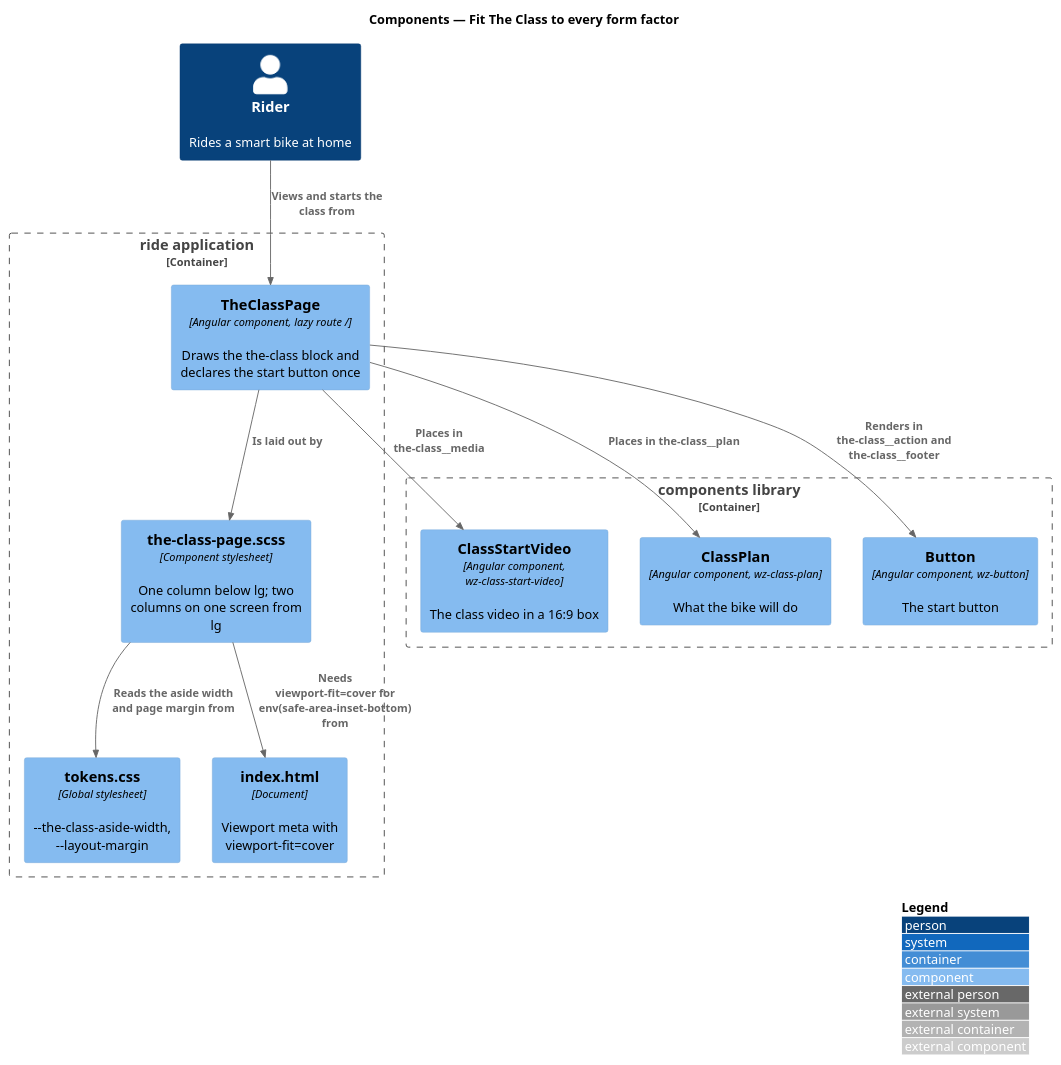
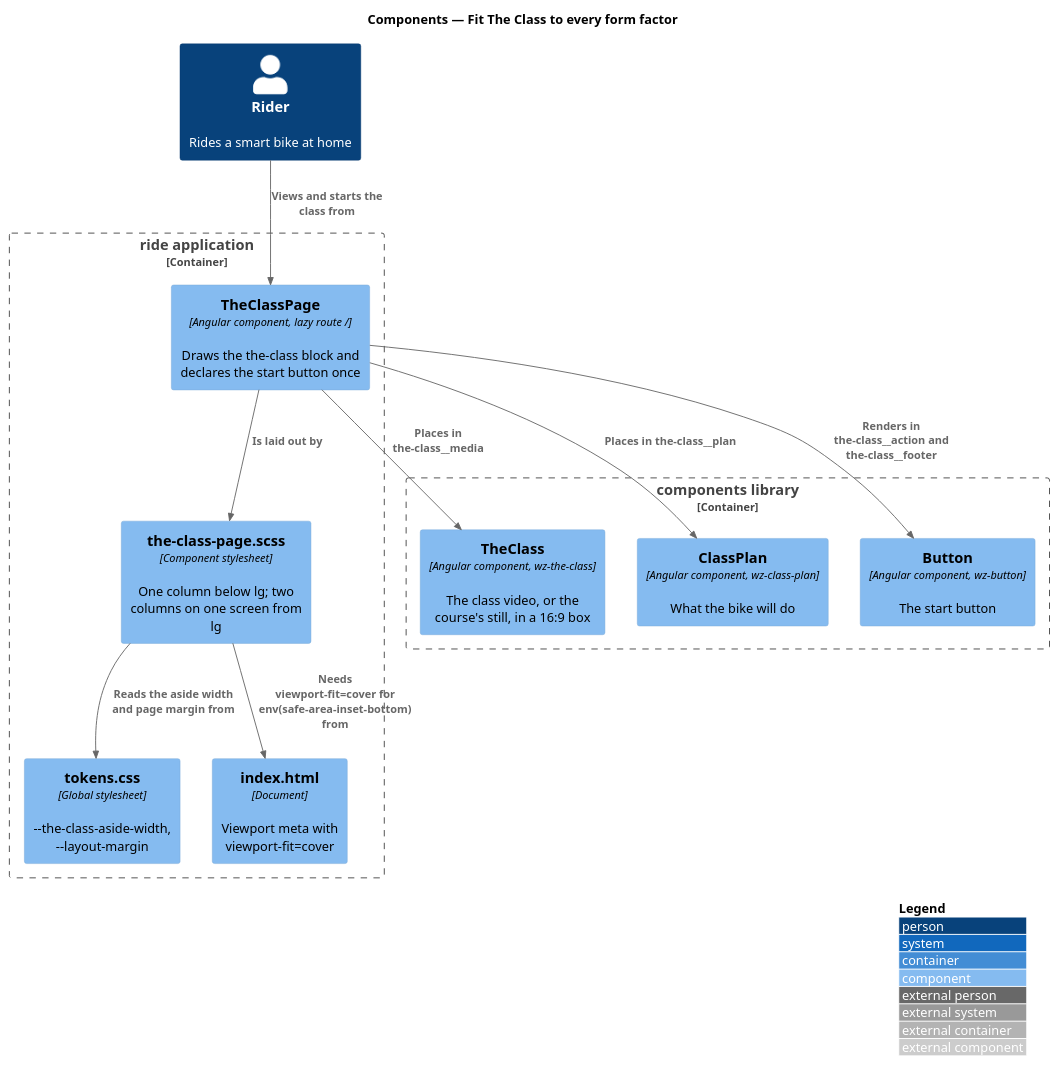
One commit to QuinntyneBrown/ride-one changed the diagram in docs/detailed-designs/ui/fit-the-class-to-every-form-factor/diagrams/c4-component.puml. Above: the diagram before and after it, drawn with PlantUML. The commit also changed 183 other files, not shown here.

```diff
--- a/docs/detailed-designs/ui/fit-the-class-to-every-form-factor/diagrams/c4-component.puml
+++ b/docs/detailed-designs/ui/fit-the-class-to-every-form-factor/diagrams/c4-component.puml
@@ -1,25 +1,25 @@
 @startuml
 !include <C4/C4_Component>
 LAYOUT_WITH_LEGEND()
 title Components — Fit The Class to every form factor
 
 Person(rider, "Rider", "Rides a smart bike at home")
 Container_Boundary(ride, "ride application") {
   Component(page, "TheClassPage", "Angular component, lazy route /", "Draws the the-class block and declares the start button once")
   Component(sheet, "the-class-page.scss", "Component stylesheet", "One column below lg; two columns on one screen from lg")
   Component(tokens, "tokens.css", "Global stylesheet", "~--the-class-aside-width, ~--layout-margin")
   Component(index, "index.html", "Document", "Viewport meta with viewport-fit=cover")
 }
 Container_Boundary(components, "components library") {
-  Component(video, "ClassStartVideo", "Angular component, wz-class-start-video", "The class video in a 16:9 box")
+  Component(video, "TheClass", "Angular component, wz-the-class", "The class video, or the course's still, in a 16:9 box")
   Component(plan, "ClassPlan", "Angular component, wz-class-plan", "What the bike will do")
   Component(button, "Button", "Angular component, wz-button", "The start button")
 }
 Rel(rider, page, "Views and starts the class from")
 Rel(page, sheet, "Is laid out by")
 Rel(page, video, "Places in the-class~__media")
 Rel(page, plan, "Places in the-class~__plan")
 Rel(page, button, "Renders in the-class~__action and the-class~__footer")
 Rel(sheet, tokens, "Reads the aside width and page margin from")
 Rel(sheet, index, "Needs viewport-fit=cover for env(safe-area-inset-bottom) from")
 @enduml
```
